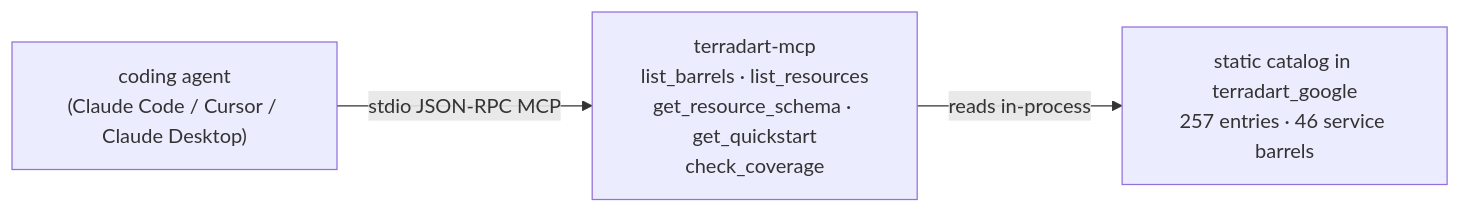
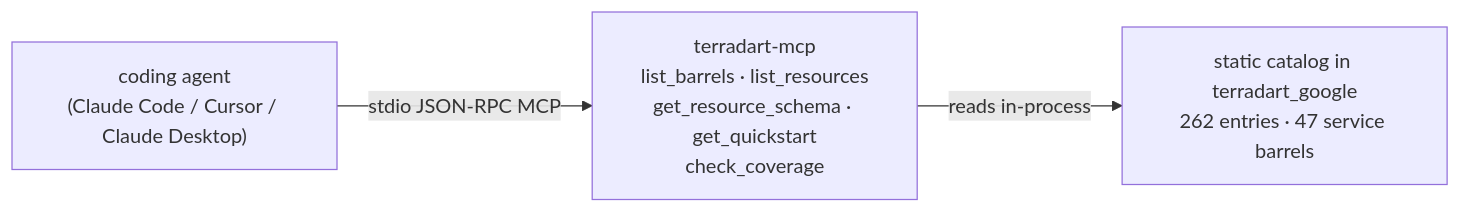
One commit to nozomi-koborinai/terradart changed the diagram in website/src/content/docs/docs/agent/index.md. Above: the diagram before and after it, drawn with Mermaid. The commit also changed other lines of this file and 28 other files, not shown here.

````diff
--- a/website/src/content/docs/docs/agent/index.md
+++ b/website/src/content/docs/docs/agent/index.md
@@ -12,8 +12,8 @@
 ```mermaid
 graph LR
   agent["coding agent<br/>(Claude Code / Cursor / Claude Desktop)"]
   mcp["terradart-mcp<br/>list_barrels · list_resources<br/>get_resource_schema · get_quickstart<br/>check_coverage"]
-  catalog["static catalog in terradart_google<br/>257 entries · 46 service barrels"]
+  catalog["static catalog in terradart_google<br/>262 entries · 47 service barrels"]
   agent -->|stdio JSON-RPC MCP| mcp
   mcp -->|reads in-process| catalog
 ```
````
